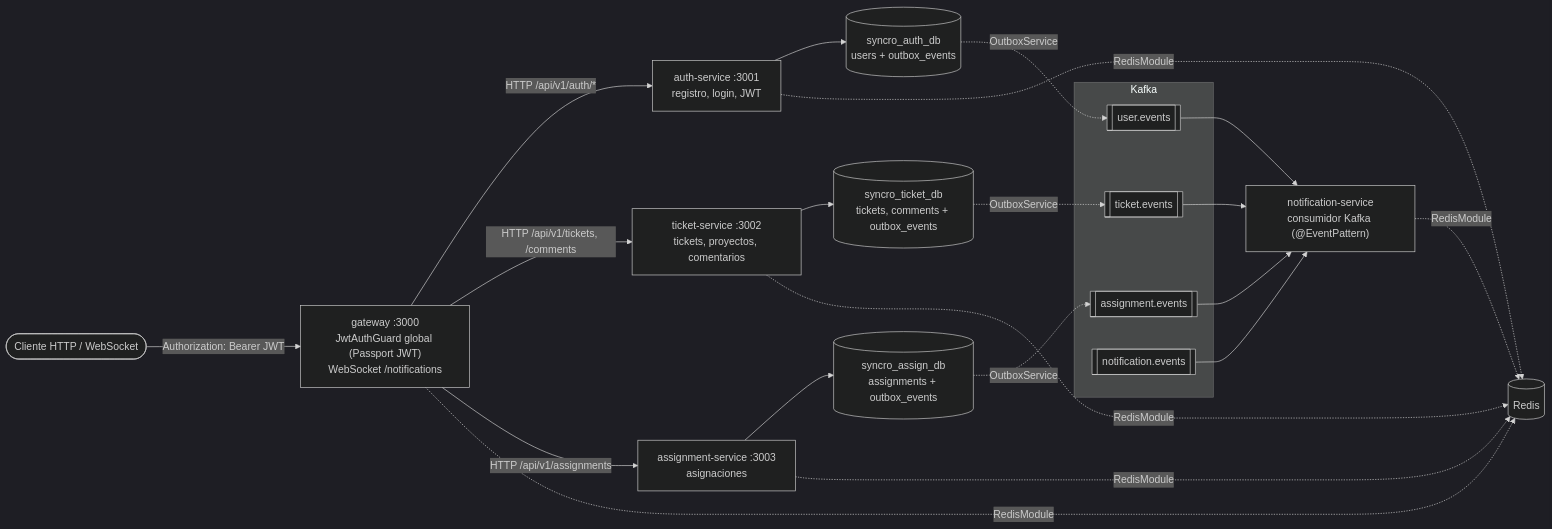
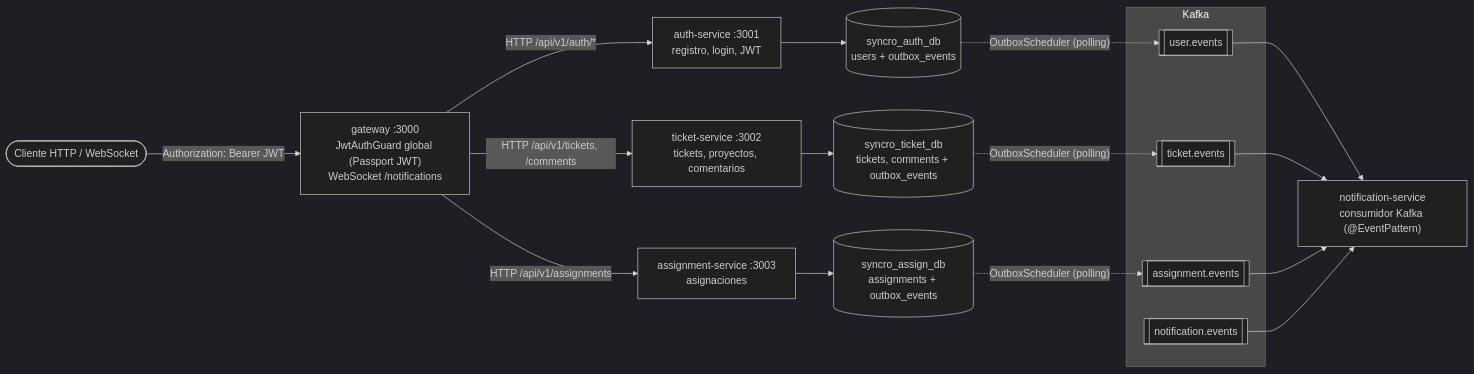
Before and after one commit to AZapata27/SyncroBoard-Tasks-System: the first of 2 diagrams in README.md, drawn with Mermaid (dark theme). The commit also changed other lines of this file and 5 other files, not shown here.

First line of the commit message:
chore: quitar el registro de Redis sin uso y documentar build y outbox

````diff
--- a/README.md
+++ b/README.md
@@ -38,44 +38,41 @@
 ```mermaid
 flowchart LR
     client([Cliente HTTP / WebSocket])
 
     gateway["gateway :3000<br/>JwtAuthGuard global (Passport JWT)<br/>WebSocket /notifications"]
 
     auth["auth-service :3001<br/>registro, login, JWT"]
     ticket["ticket-service :3002<br/>tickets, proyectos, comentarios"]
     assign["assignment-service :3003<br/>asignaciones"]
 
     authdb[("syncro_auth_db<br/>users + outbox_events")]
     ticketdb[("syncro_ticket_db<br/>tickets, comments + outbox_events")]
     assigndb[("syncro_assign_db<br/>assignments + outbox_events")]
 
     subgraph kafka [Kafka]
         userTopic[[user.events]]
         ticketTopic[[ticket.events]]
         assignTopic[[assignment.events]]
         notifTopic[[notification.events]]
     end
 
     notif["notification-service<br/>consumidor Kafka (@EventPattern)"]
-    redis[("Redis")]
 
     client -->|"Authorization: Bearer JWT"| gateway
     gateway -->|"HTTP /api/v1/auth/*"| auth
     gateway -->|"HTTP /api/v1/tickets, /comments"| ticket
     gateway -->|"HTTP /api/v1/assignments"| assign
 
     auth --> authdb
     ticket --> ticketdb
     assign --> assigndb
 
-    authdb -.->|"OutboxService"| userTopic
-    ticketdb -.->|"OutboxService"| ticketTopic
-    assigndb -.->|"OutboxService"| assignTopic
+    authdb -.->|"OutboxScheduler (polling)"| userTopic
+    ticketdb -.->|"OutboxScheduler (polling)"| ticketTopic
+    assigndb -.->|"OutboxScheduler (polling)"| assignTopic
 
     userTopic --> notif
     ticketTopic --> notif
     assignTopic --> notif
     notifTopic --> notif
-
-    gateway & auth & ticket & assign & notif -.->|"RedisModule"| redis
 ```
````
